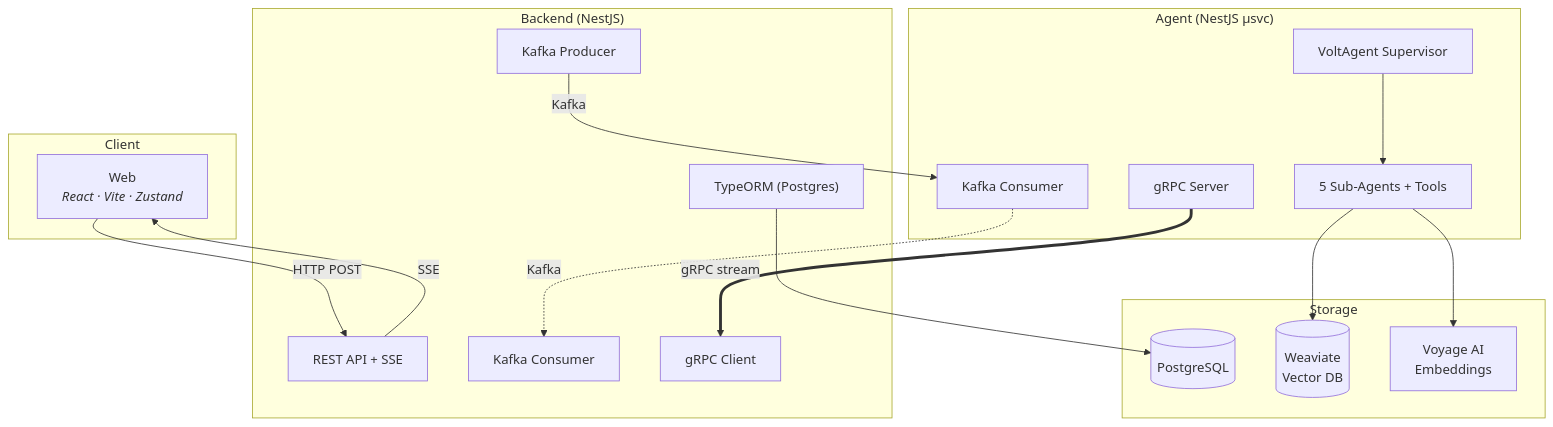
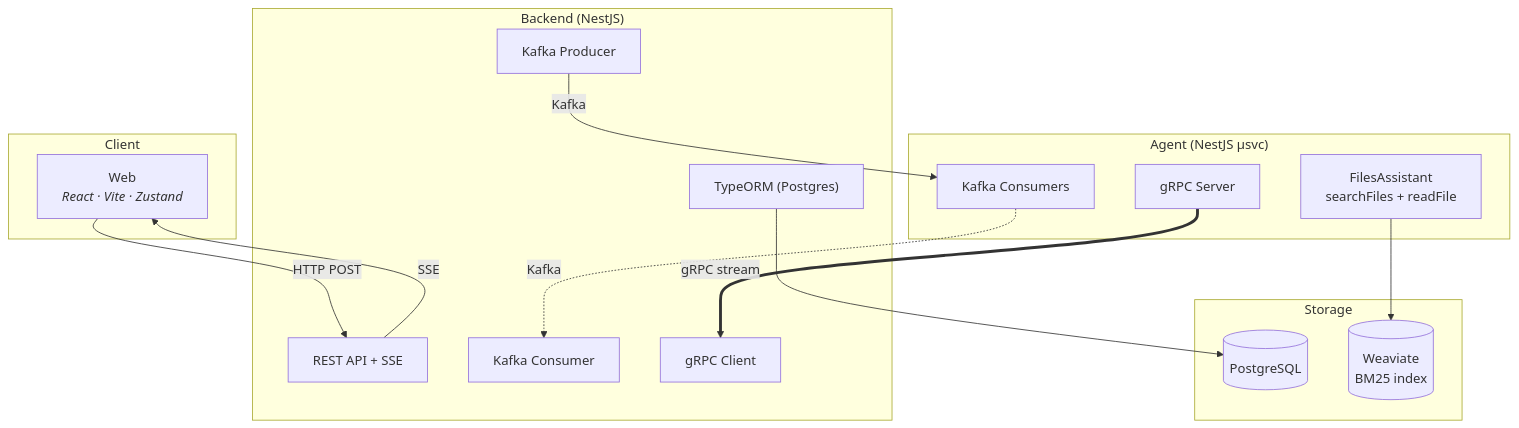
Before and after one commit to JackTran15/files-assistant-system: the first of 3 diagrams in README.md, drawn with Mermaid. The commit also changed other lines of this file and 82 other files, not shown here.

First line of the commit message:
refactor: update environment configuration, remove Voyage AI integration, and enhance Weaviate storage handling

````diff
--- a/README.md
+++ b/README.md
@@ -146,37 +145,33 @@
 ```mermaid
 graph TB
     subgraph Client
         Web["Web<br/><i>React · Vite · Zustand</i>"]
     end
 
     subgraph Backend["Backend (NestJS)"]
         API["REST API + SSE"]
         KP["Kafka Producer"]
         KC["Kafka Consumer"]
         GRPC_C["gRPC Client"]
         ORM["TypeORM (Postgres)"]
     end
 
     subgraph Agent["Agent (NestJS µsvc)"]
-        SUP["VoltAgent Supervisor"]
-        AGENTS["5 Sub-Agents + Tools"]
-        KAFKA_CON["Kafka Consumer"]
+        FA["FilesAssistant<br/>searchFiles + readFile"]
+        KAFKA_CON["Kafka Consumers"]
         GRPC_S["gRPC Server"]
     end
 
     subgraph Storage
         PG[(PostgreSQL)]
-        WV[(Weaviate<br/>Vector DB)]
-        VOY["Voyage AI<br/>Embeddings"]
+        WV[(Weaviate<br/>BM25 index)]
     end
 
     Web -->|"HTTP POST"| API
     API -->|"SSE"| Web
     KP -->|"Kafka"| KAFKA_CON
     KAFKA_CON -.->|"Kafka"| KC
     GRPC_S ==>|"gRPC stream"| GRPC_C
     ORM --> PG
-    SUP --> AGENTS
-    AGENTS --> WV
-    AGENTS --> VOY
+    FA --> WV
 ```
````
